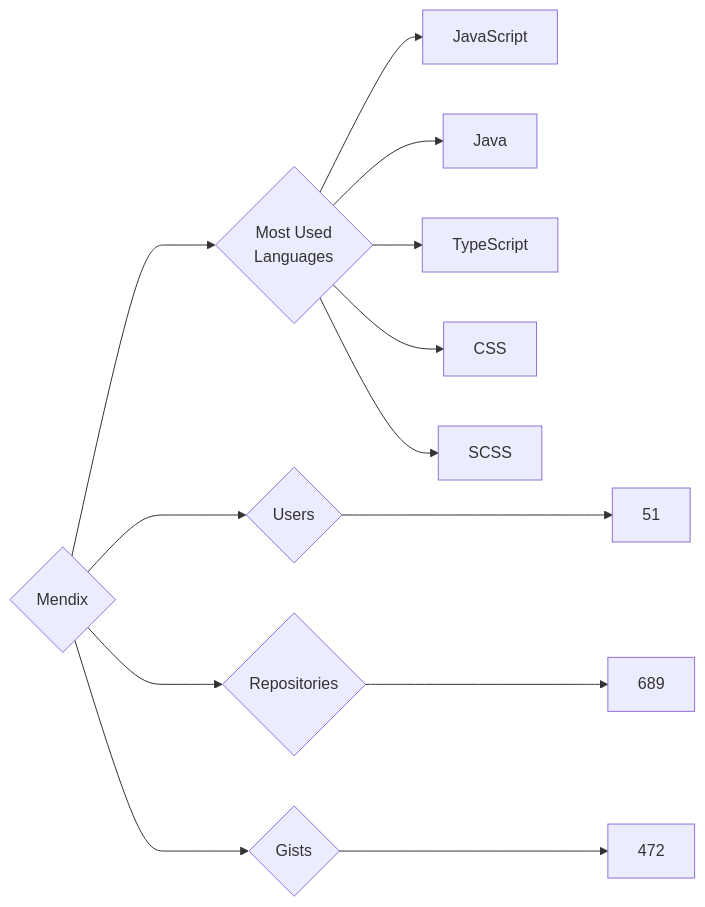
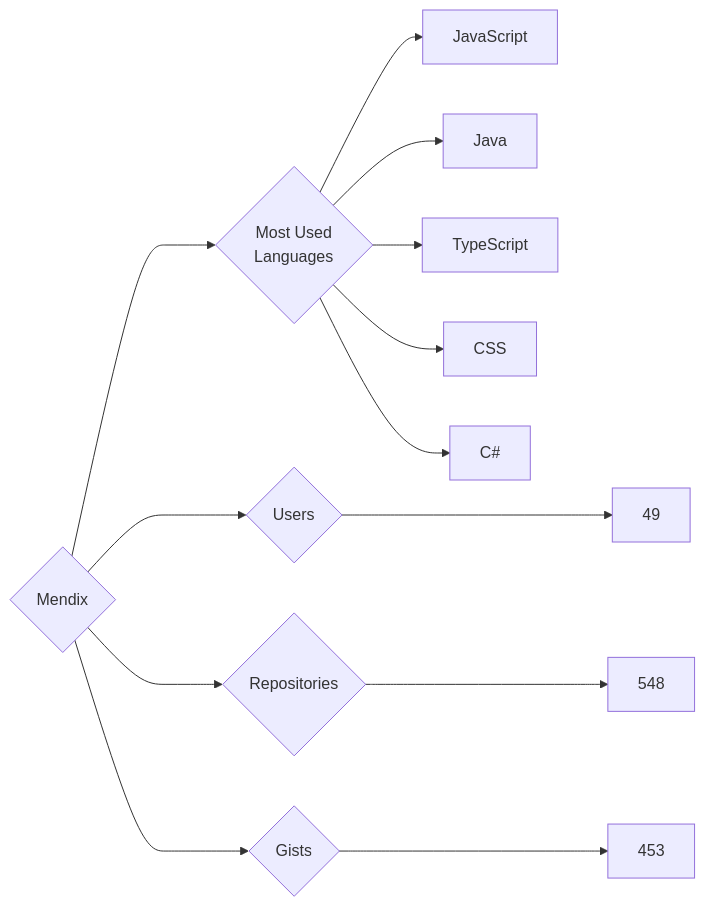
Before and after one commit to trickest/insiders: the diagram in targets/Mendix/README.md, drawn with Mermaid. The commit also changed 870 other files, not shown here.

````diff
--- a/targets/Mendix/README.md
+++ b/targets/Mendix/README.md
@@ -3,13 +3,13 @@
 ```mermaid
 graph LR
 COMPANY_NAME{Mendix}
-COMPANY_NAME ---> U{Users} ---> UN[51]
-COMPANY_NAME ---> R{Repositories} ---> RN[689]
-COMPANY_NAME ---> G{Gists} ---> GN[472]
+COMPANY_NAME ---> U{Users} ---> UN[49]
+COMPANY_NAME ---> R{Repositories} ---> RN[548]
+COMPANY_NAME ---> G{Gists} ---> GN[453]
 COMPANY_NAME ---> ML{Most Used<br>Languages}
 ML --> JavaScript[JavaScript]
 ML --> Java[Java]
 ML --> TypeScript[TypeScript]
 ML --> CSS[CSS]
-ML --> SCSS[SCSS]
+ML --> C#[C#]
 ```
````
